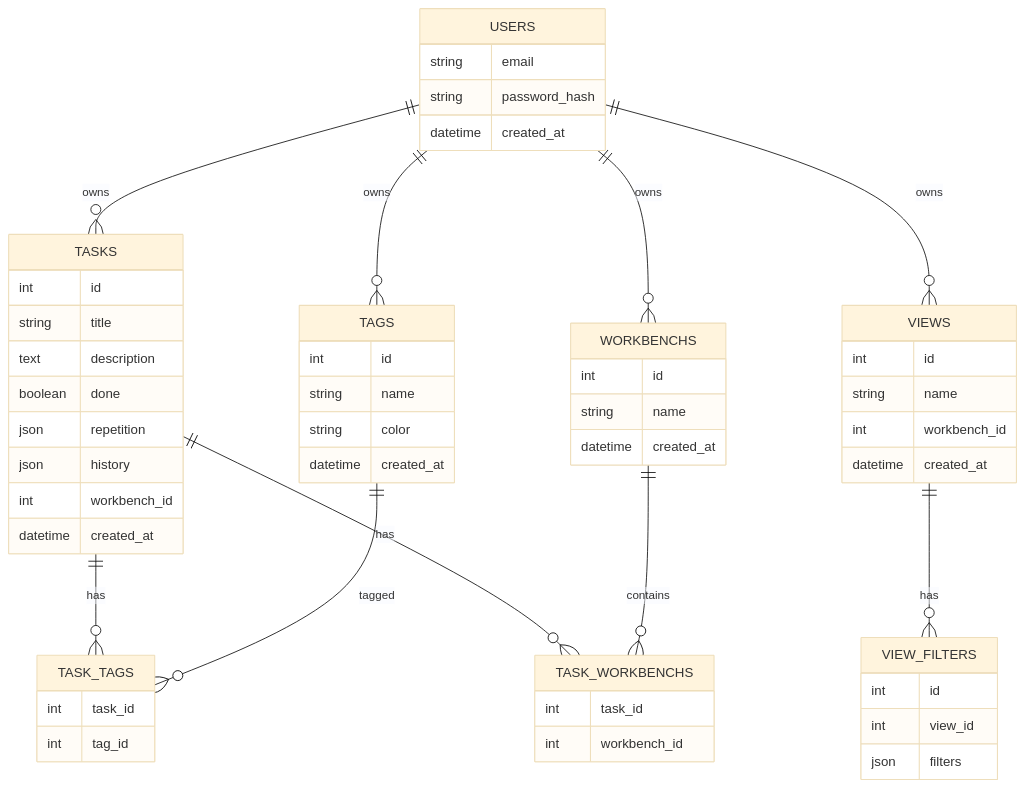
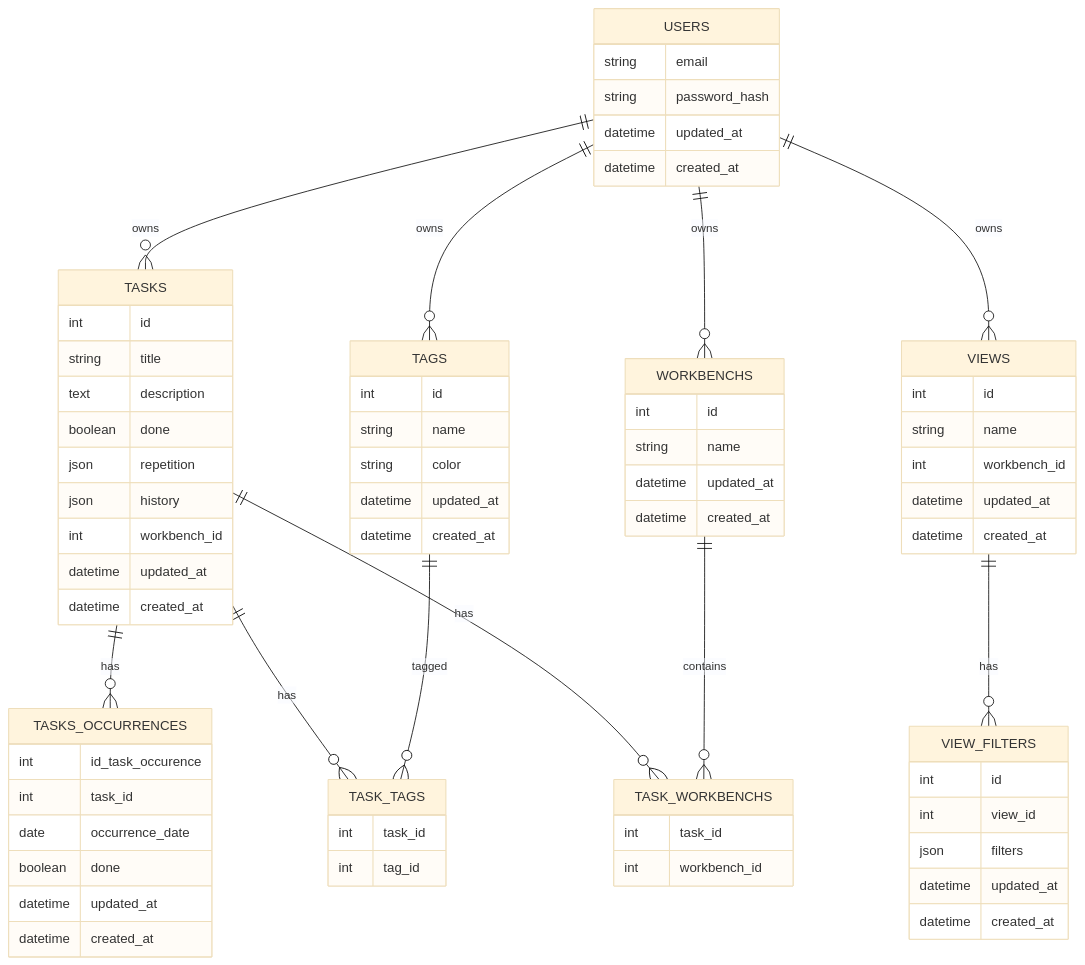
The first of 3 diagrams in README.md (bruno-gabriel-muniz/joker-task), drawn with Mermaid (base theme) before and after one commit. The commit also changed other lines of this file and 2 other files, not shown here.

Commit message:
chore: document task occurrences and add focused test workflow

```diff
--- a/README.md
+++ b/README.md
@@ -175,6 +180,7 @@
     USERS {
         string email
         string password_hash
+        datetime updated_at
         datetime created_at
     }
 
@@ -186,12 +192,24 @@
         json repetition
         json history
         int workbench_id
+        datetime updated_at
         datetime created_at
     }
+
+    TASKS_OCCURRENCES {
+        int id_task_occurence
+        int task_id
+        date occurrence_date
+        boolean done
+        datetime updated_at
+        datetime created_at
+    }
+
 
     WORKBENCHS {
         int id
         string name
+        datetime updated_at
         datetime created_at
     }
 
@@ -204,6 +222,7 @@
         int id
         string name
         string color
+        datetime updated_at
         datetime created_at
     }
 
@@ -216,6 +235,7 @@
         int id
         string name
         int workbench_id
+        datetime updated_at
         datetime created_at
     }
 
@@ -223,12 +243,16 @@
         int id
         int view_id
         json filters
+        datetime updated_at
+        datetime created_at
     }
 
     USERS ||--o{ TASKS : owns
     USERS ||--o{ TAGS : owns
     USERS ||--o{ WORKBENCHS : owns
     USERS ||--o{ VIEWS : owns
+    
+    TASKS ||--o{ TASKS_OCCURRENCES : has
 
     TASKS ||--o{ TASK_TAGS : has
     TAGS ||--o{ TASK_TAGS : tagged
```
